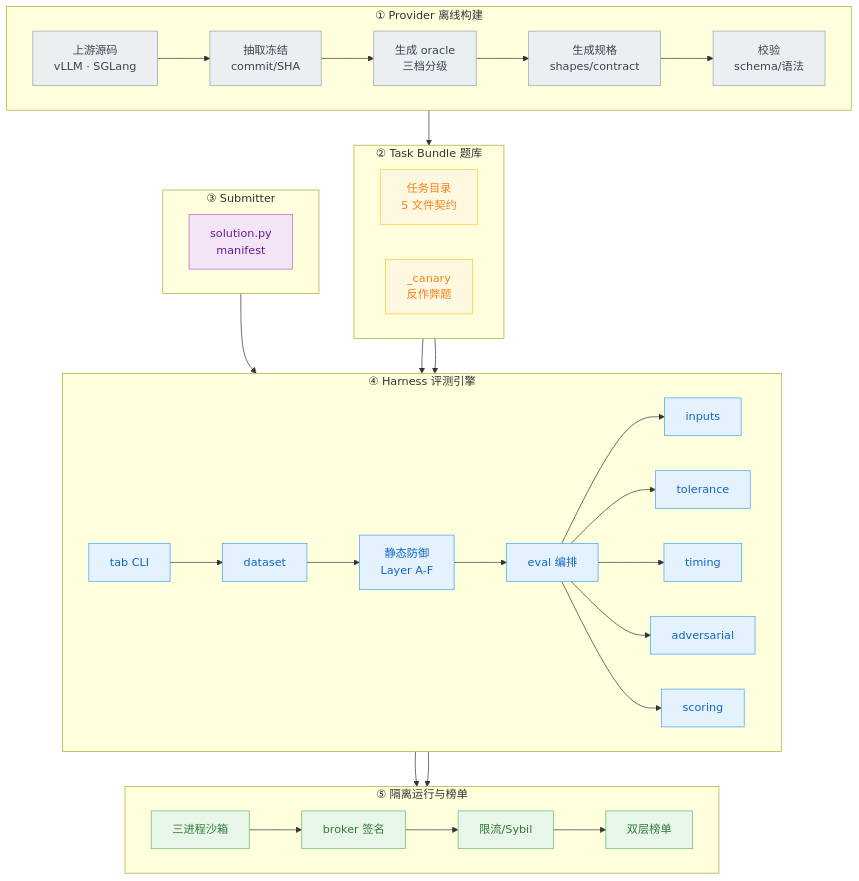
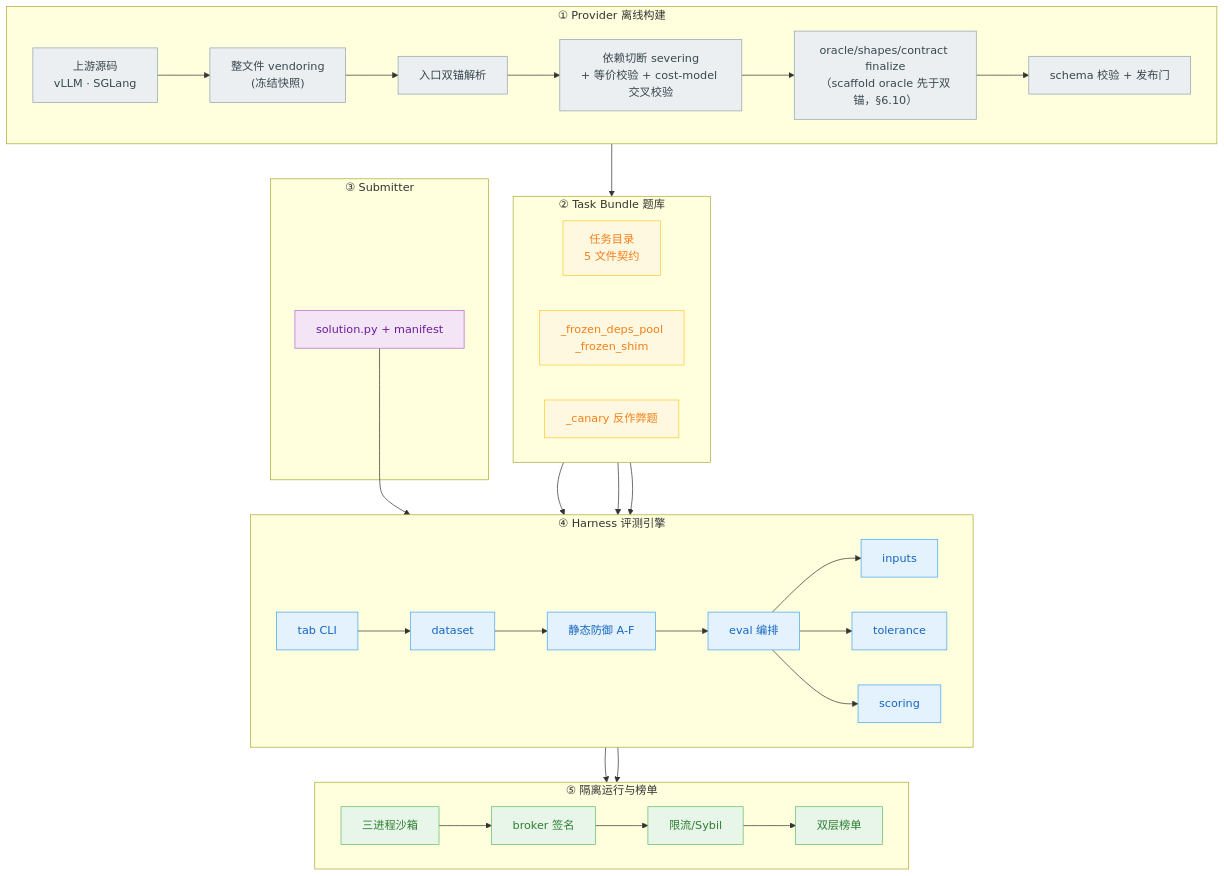
The first of 10 diagrams in docs/DESIGN.md (Gxj230958/TritonAscendBench), drawn with Mermaid before and after one commit. The commit also changed other lines of this file and 11 other files, not shown here.

First line of the commit message:
docs: finalize two-objective Roofline design spec and architecture docs

````diff
--- a/docs/DESIGN.md
+++ b/docs/DESIGN.md
@@ -103,52 +163,52 @@
 ```mermaid
 flowchart TB
     subgraph L0["① Provider 离线构建"]
         direction LR
-        US["上游源码<br/>vLLM · SGLang"] --> FRZ["抽取冻结<br/>commit/SHA"]
-        FRZ --> ORC["生成 oracle<br/>三档分级"]
-        ORC --> DOC["生成规格<br/>shapes/contract"]
-        DOC --> VLD["校验<br/>schema/语法"]
+        US["上游源码<br/>vLLM · SGLang"] --> FRZ["整文件 vendoring<br/>(冻结快照)"]
+        FRZ --> RES["入口双锚解析"]
+        RES --> PAP["依赖切断 severing<br/>+ 等价校验 + cost-model 交叉校验"]
+        PAP --> ORC["oracle/shapes/contract finalize<br/>（scaffold oracle 先于双锚，§6.10）"]
+        ORC --> GATE["schema 校验 + 发布门"]
     end
     subgraph L1["② Task Bundle 题库"]
         direction LR
         TASK["任务目录<br/>5 文件契约"]
-        CANARY["_canary<br/>反作弊题"]
+        DEP["_frozen_deps_pool<br/>_frozen_shim"]
+        CANARY["_canary 反作弊题"]
     end
     subgraph L2["③ Submitter"]
-        direction LR
-        SOL["solution.py<br/>manifest"]
+        SOL["solution.py + manifest"]
     end
     subgraph L3["④ Harness 评测引擎"]
         direction LR
         CLI["tab CLI"] --> DATA["dataset"]
-        DATA --> STAT["静态防御<br/>Layer A-F"]
+        DATA --> STAT["静态防御 A-F"]
         STAT --> RUN["eval 编排"]
         RUN --> INP["inputs"]
         RUN --> TOL["tolerance"]
-        RUN --> TMR["timing"]
-        RUN --> ADV["adversarial"]
         RUN --> SCR["scoring"]
     end
     subgraph L4["⑤ 隔离运行与榜单"]
         direction LR
         ISO["三进程沙箱"] --> BRK["broker 签名"]
         BRK --> THR["限流/Sybil"]
         THR --> BOARD["双层榜单"]
     end
-    VLD --> TASK
+    GATE --> TASK
     TASK --> DATA
-    CANARY --> ADV
+    DEP --> RUN
+    CANARY --> RUN
     SOL --> CLI
     RUN --> ISO
     SCR --> BOARD
     classDef provider fill:#ECEFF1,stroke:#90A4AE,color:#37474F;
     classDef bundle fill:#FFF8E1,stroke:#FFCA28,color:#F57F17;
     classDef submitter fill:#F3E5F5,stroke:#BA68C8,color:#6A1B9A;
     classDef harness fill:#E3F2FD,stroke:#42A5F5,color:#1565C0;
     classDef runtime fill:#E8F5E9,stroke:#66BB6A,color:#2E7D32;
-    class US,FRZ,ORC,DOC,VLD provider;
-    class TASK,CANARY bundle;
+    class US,FRZ,RES,PAP,ORC,GATE provider;
+    class TASK,DEP,CANARY bundle;
     class SOL submitter;
-    class CLI,DATA,STAT,RUN,INP,TOL,TMR,ADV,SCR harness;
+    class CLI,DATA,STAT,RUN,INP,TOL,SCR harness;
     class ISO,BRK,THR,BOARD runtime;
 ```
````
